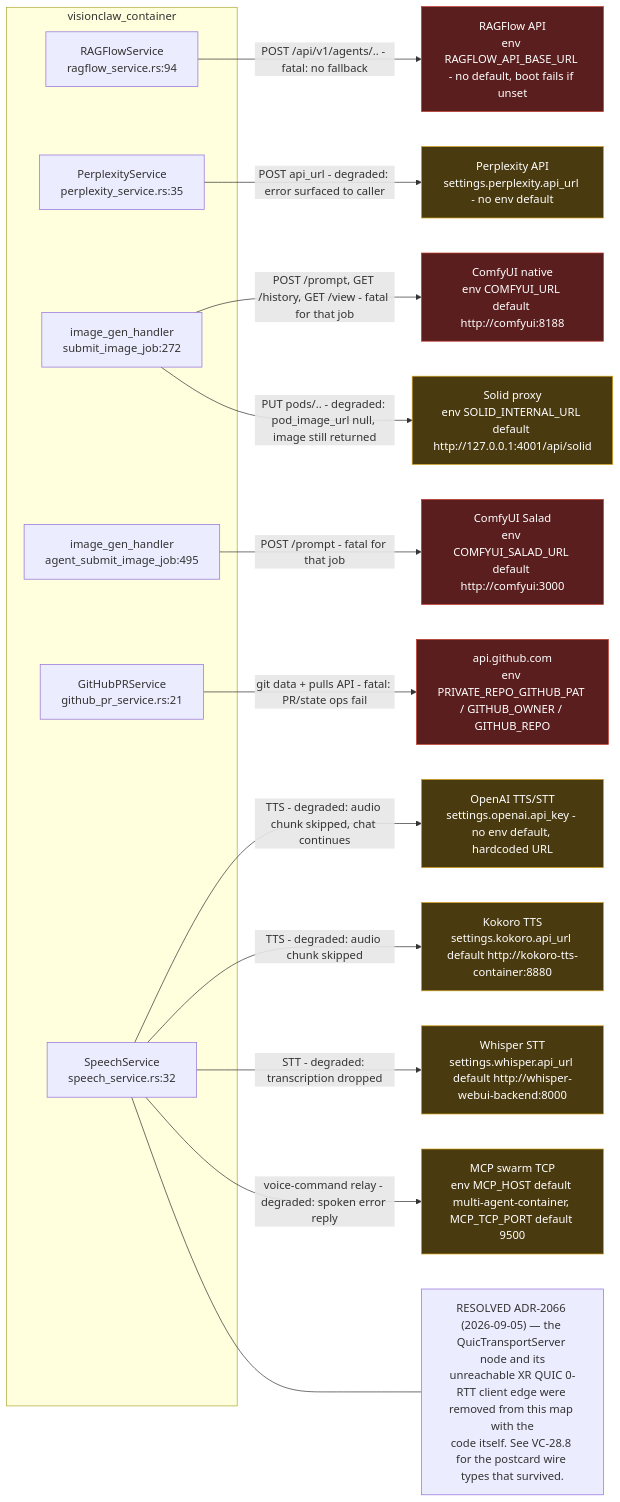
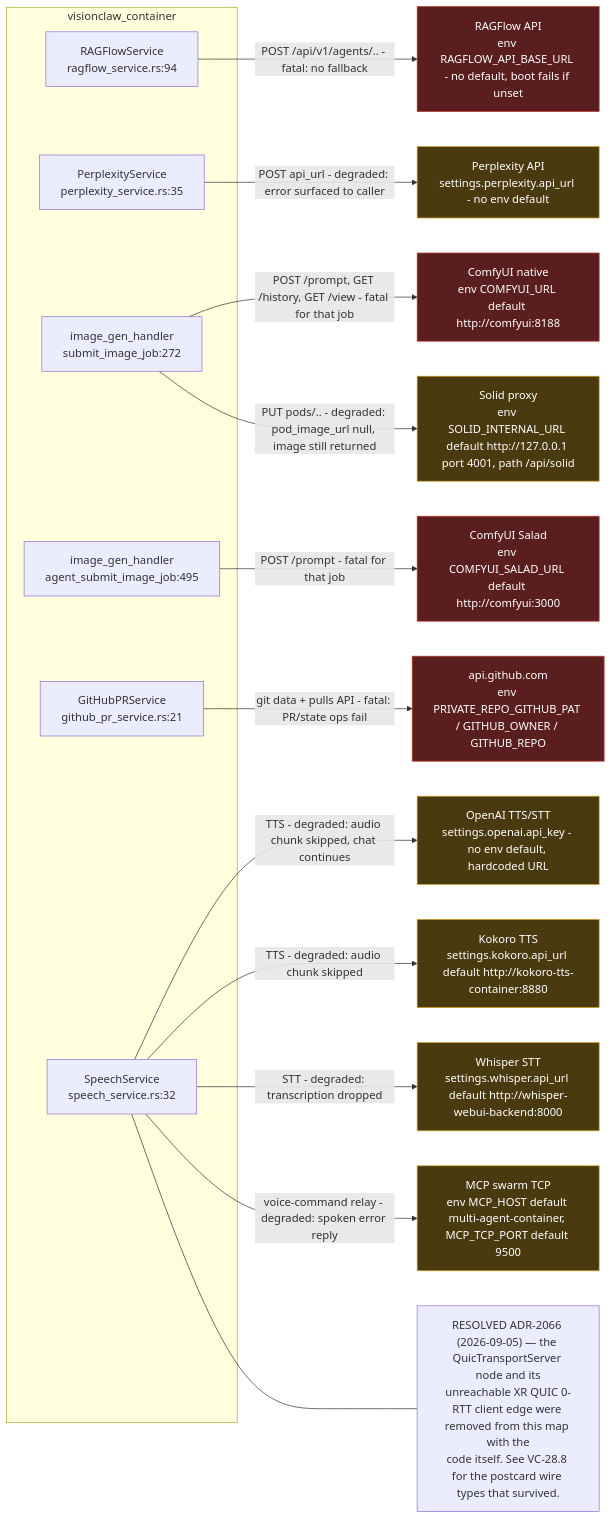
One commit to DreamLab-AI/VisionFlow changed the ninth of 9 diagrams in docs/diagrams/visionclaw/28-external-services.md. Above: the diagram before and after it, drawn with Mermaid. The commit also changed other lines of this file and 185 other files, not shown here.

Commit message:
docs(estate): reconcile diagrams and ADRs with source and define closeout sprint

````diff
--- a/docs/diagrams/visionclaw/28-external-services.md
+++ b/docs/diagrams/visionclaw/28-external-services.md
@@ -403,41 +406,41 @@
 ```mermaid
 flowchart LR
     subgraph app["visionclaw_container"]
         RS["RAGFlowService<br/>ragflow_service.rs:94"]
         PS["PerplexityService<br/>perplexity_service.rs:35"]
         IG["image_gen_handler<br/>submit_image_job:272"]
         AG["image_gen_handler<br/>agent_submit_image_job:495"]
         GH["GitHubPRService<br/>github_pr_service.rs:21"]
         SS["SpeechService<br/>speech_service.rs:32"]
     end
 
     RF["RAGFlow API<br/>env RAGFLOW_API_BASE_URL - no default, boot fails if unset"]
     PX["Perplexity API<br/>settings.perplexity.api_url - no env default"]
     CFU["ComfyUI native<br/>env COMFYUI_URL default http://comfyui:8188"]
     CFS["ComfyUI Salad<br/>env COMFYUI_SALAD_URL default http://comfyui:3000"]
-    SOL["Solid proxy<br/>env SOLID_INTERNAL_URL default http://127.0.0.1:4001/api/solid"]
+    SOL["Solid proxy<br/>env SOLID_INTERNAL_URL default http://127.0.0.1 port 4001, path /api/solid"]
     GHA["api.github.com<br/>env PRIVATE_REPO_GITHUB_PAT / GITHUB_OWNER / GITHUB_REPO"]
     OAI["OpenAI TTS/STT<br/>settings.openai.api_key - no env default, hardcoded URL"]
     KOK["Kokoro TTS<br/>settings.kokoro.api_url default http://kokoro-tts-container:8880"]
     WHI["Whisper STT<br/>settings.whisper.api_url default http://whisper-webui-backend:8000"]
     MCPS["MCP swarm TCP<br/>env MCP_HOST default multi-agent-container, MCP_TCP_PORT default 9500"]
 
     RS -->|"POST /api/v1/agents/.. - fatal: no fallback"| RF
     PS -->|"POST api_url - degraded: error surfaced to caller"| PX
     IG -->|"POST /prompt, GET /history, GET /view - fatal for that job"| CFU
     AG -->|"POST /prompt - fatal for that job"| CFS
     IG -->|"PUT pods/.. - degraded: pod_image_url null, image still returned"| SOL
     GH -->|"git data + pulls API - fatal: PR/state ops fail"| GHA
     SS -->|"TTS - degraded: audio chunk skipped, chat continues"| OAI
     SS -->|"TTS - degraded: audio chunk skipped"| KOK
     SS -->|"STT - degraded: transcription dropped"| WHI
     SS -->|"voice-command relay - degraded: spoken error reply"| MCPS
 
     N1["RESOLVED ADR-2066 (2026-09-05) — the QuicTransportServer node and its<br/>unreachable XR QUIC 0-RTT client edge were removed from this map with the<br/>code itself. See VC-28.8 for the postcard wire types that survived."]
     SS --- N1
 
     classDef fatal fill:#5a1e1e,stroke:#c0392b,color:#fff
     classDef degraded fill:#4a3a10,stroke:#d4a017,color:#fff
     class RF,GHA,CFU,CFS fatal
     class PX,SOL,OAI,KOK,WHI,MCPS degraded
 ```
````
